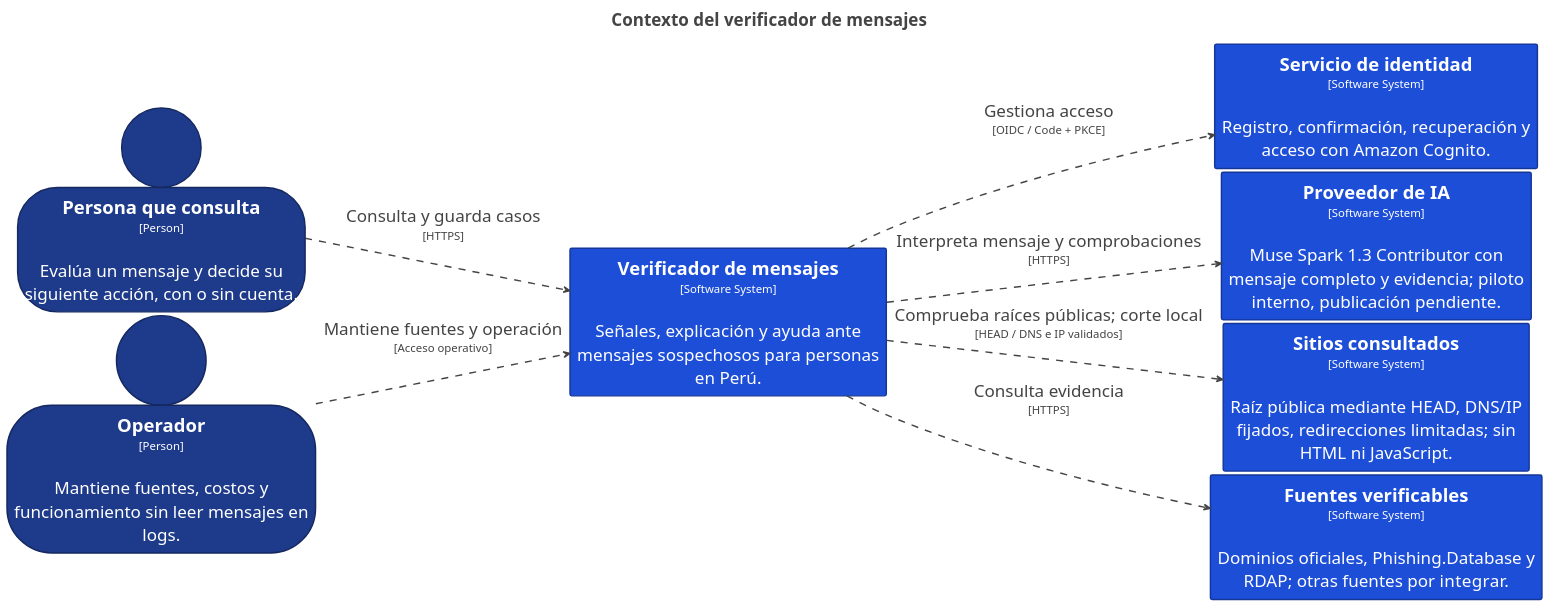
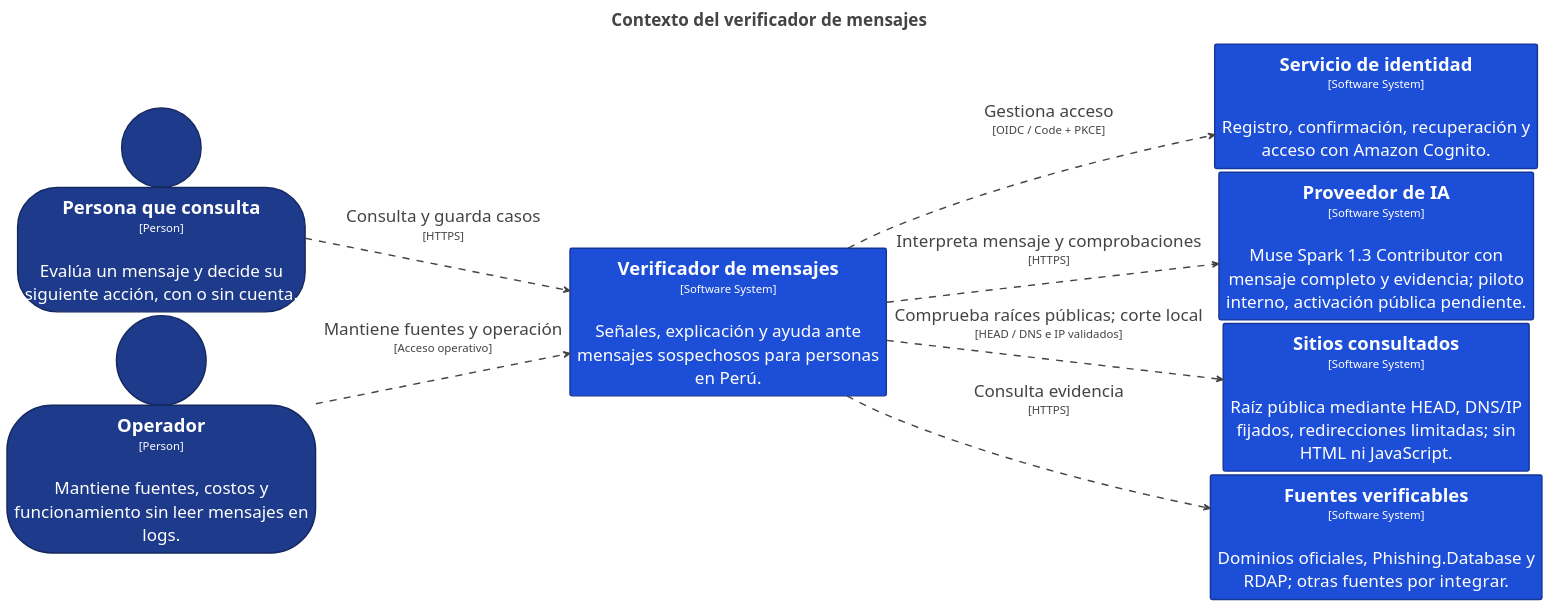
One commit to deep-skill/everyday-trust changed the diagram in docs/diagrams/c4/structurizr-Context.puml. Above: the diagram before and after it, drawn with PlantUML. The commit also changed 13 other files, not shown here.

```diff
--- a/docs/diagrams/c4/structurizr-Context.puml
+++ b/docs/diagrams/c4/structurizr-Context.puml
@@ -1,65 +1,65 @@
 @startuml
 title <size:24>Contexto del verificador de mensajes</size>
 
 set separator none
 left to right direction
 skinparam ranksep 20
 skinparam nodesep 5
 hide stereotype
 
 <style>
   root {
     BackgroundColor: #ffffff;
     FontColor: #444444;
   }
   // Element,Person
   .Element-RWxlbWVudCxQZXJzb24= {
     BackgroundColor: #1e3a8a;
     LineColor: #152860;
     LineStyle: 0;
     LineThickness: 2;
     FontColor: #ffffff;
     FontSize: 24;
     HorizontalAlignment: center;
     Shadowing: 0;
     MaximumWidth: 450;
   }
   // Element,Software System
   .Element-RWxlbWVudCxTb2Z0d2FyZSBTeXN0ZW0= {
     BackgroundColor: #1d4ed8;
     LineColor: #143697;
     LineStyle: 0;
     LineThickness: 2;
     FontColor: #ffffff;
     FontSize: 24;
     HorizontalAlignment: center;
     Shadowing: 0;
     MaximumWidth: 450;
   }
   // Relationship
   .Relationship-UmVsYXRpb25zaGlw {
     LineThickness: 2;
     LineStyle: 10-10;
     LineColor: #444444;
     FontColor: #444444;
     FontSize: 24;
     MaximumWidth: 200;
   }
 </style>
 
 person "==Persona que consulta\n<size:16>[Person]</size>\n\nEvalúa un mensaje y decide su siguiente acción, con o sin cuenta." <<Element-RWxlbWVudCxQZXJzb24=>> as Personaqueconsulta
 person "==Operador\n<size:16>[Person]</size>\n\nMantiene fuentes, costos y funcionamiento sin leer mensajes en logs." <<Element-RWxlbWVudCxQZXJzb24=>> as Operador
 rectangle "==Servicio de identidad\n<size:16>[Software System]</size>\n\nRegistro, confirmación, recuperación y acceso con Amazon Cognito." <<Element-RWxlbWVudCxTb2Z0d2FyZSBTeXN0ZW0=>> as Serviciodeidentidad
-rectangle "==Proveedor de IA\n<size:16>[Software System]</size>\n\nMuse Spark 1.3 Contributor con mensaje completo y evidencia; piloto interno, publicación pendiente." <<Element-RWxlbWVudCxTb2Z0d2FyZSBTeXN0ZW0=>> as ProveedordeIA
+rectangle "==Proveedor de IA\n<size:16>[Software System]</size>\n\nMuse Spark 1.3 Contributor con mensaje completo y evidencia; piloto interno, activación pública pendiente." <<Element-RWxlbWVudCxTb2Z0d2FyZSBTeXN0ZW0=>> as ProveedordeIA
 rectangle "==Sitios consultados\n<size:16>[Software System]</size>\n\nRaíz pública mediante HEAD, DNS/IP fijados, redirecciones limitadas; sin HTML ni JavaScript." <<Element-RWxlbWVudCxTb2Z0d2FyZSBTeXN0ZW0=>> as Sitiosconsultados
 rectangle "==Fuentes verificables\n<size:16>[Software System]</size>\n\nDominios oficiales, Phishing.Database y RDAP; otras fuentes por integrar." <<Element-RWxlbWVudCxTb2Z0d2FyZSBTeXN0ZW0=>> as Fuentesverificables
 rectangle "==Verificador de mensajes\n<size:16>[Software System]</size>\n\nSeñales, explicación y ayuda ante mensajes sospechosos para personas en Perú." <<Element-RWxlbWVudCxTb2Z0d2FyZSBTeXN0ZW0=>> as Verificadordemensajes
 
 Personaqueconsulta --> Verificadordemensajes <<Relationship-UmVsYXRpb25zaGlw>> : "Consulta y guarda casos\n<size:16>[HTTPS]</size>"
 Operador --> Verificadordemensajes <<Relationship-UmVsYXRpb25zaGlw>> : "Mantiene fuentes y operación\n<size:16>[Acceso operativo]</size>"
 Verificadordemensajes --> Serviciodeidentidad <<Relationship-UmVsYXRpb25zaGlw>> : "Gestiona acceso\n<size:16>[OIDC / Code + PKCE]</size>"
 Verificadordemensajes --> ProveedordeIA <<Relationship-UmVsYXRpb25zaGlw>> : "Interpreta mensaje y comprobaciones\n<size:16>[HTTPS]</size>"
 Verificadordemensajes --> Fuentesverificables <<Relationship-UmVsYXRpb25zaGlw>> : "Consulta evidencia\n<size:16>[HTTPS]</size>"
 Verificadordemensajes --> Sitiosconsultados <<Relationship-UmVsYXRpb25zaGlw>> : "Comprueba raíces públicas; corte local\n<size:16>[HEAD / DNS e IP validados]</size>"
 
 @enduml
```
